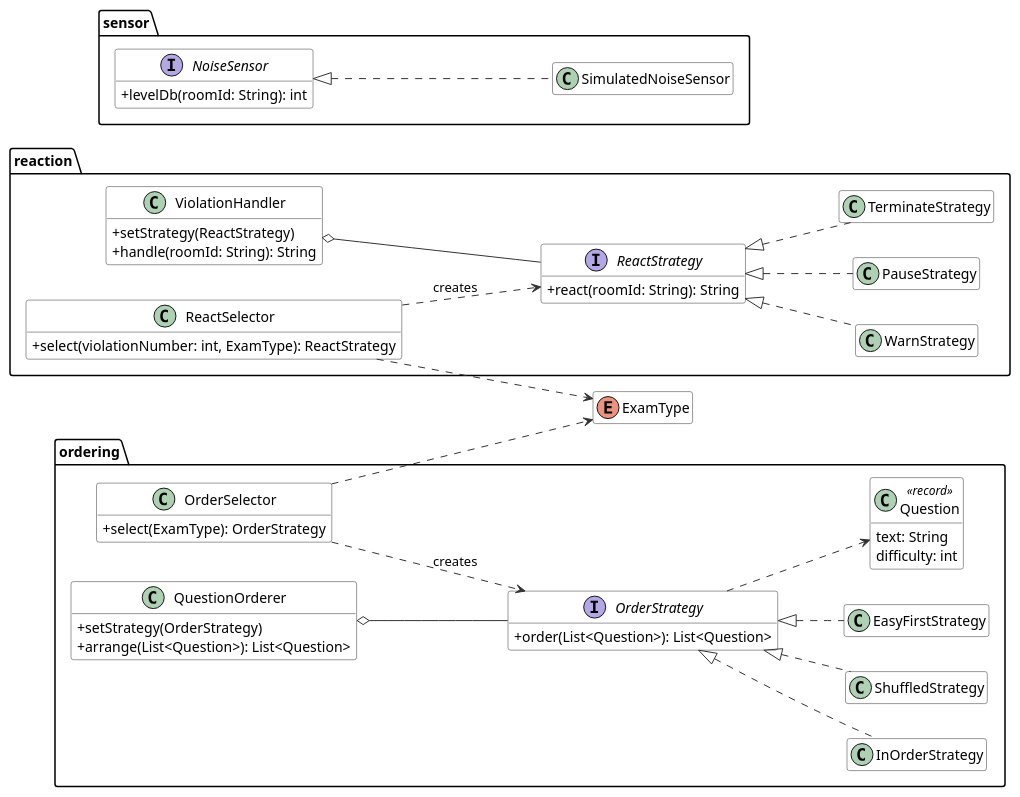
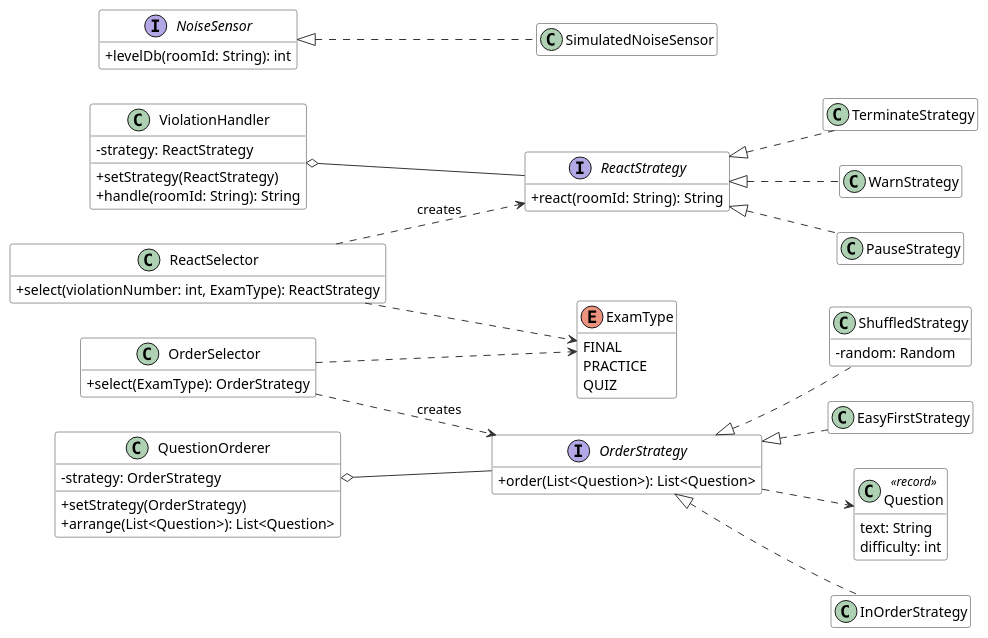
Before and after one commit to anommanager/sdp-assignment5: the diagram in docs/uml.puml, drawn with PlantUML. The commit also changed 2 other files, not shown here.

Commit message:
update the uml diagram

```diff
--- a/docs/uml.puml
+++ b/docs/uml.puml
@@ -1,78 +1,80 @@
 @startuml
 skinparam shadowing false
 skinparam classAttributeIconSize 0
 skinparam backgroundColor white
 skinparam ArrowColor #333333
 skinparam class {
   BackgroundColor #FFFFFF
   BorderColor #333333
 }
 skinparam interface {
   BackgroundColor #E8F0FE
   BorderColor #333333
 }
 hide empty members
 left to right direction
 
-enum ExamType
-
-package reaction {
-  interface ReactStrategy {
-    +react(roomId: String): String
-  }
-  class WarnStrategy
-  class PauseStrategy
-  class TerminateStrategy
-  class ViolationHandler {
-    +setStrategy(ReactStrategy)
-    +handle(roomId: String): String
-  }
-  class ReactSelector {
-    +select(violationNumber: int, ExamType): ReactStrategy
-  }
+enum ExamType {
+  FINAL
+  PRACTICE
+  QUIZ
 }
 
-package ordering {
-  interface OrderStrategy {
-    +order(List<Question>): List<Question>
-  }
-  class InOrderStrategy
-  class ShuffledStrategy
-  class EasyFirstStrategy
-  class QuestionOrderer {
-    +setStrategy(OrderStrategy)
-    +arrange(List<Question>): List<Question>
-  }
-  class OrderSelector {
-    +select(ExamType): OrderStrategy
-  }
-  class Question <<record>> {
-    text: String
-    difficulty: int
-  }
+interface ReactStrategy {
+  +react(roomId: String): String
+}
+class WarnStrategy
+class PauseStrategy
+class TerminateStrategy
+class ViolationHandler {
+  -strategy: ReactStrategy
+  +setStrategy(ReactStrategy)
+  +handle(roomId: String): String
+}
+class ReactSelector {
+  +select(violationNumber: int, ExamType): ReactStrategy
 }
 
-package sensor {
-  interface NoiseSensor {
-    +levelDb(roomId: String): int
-  }
-  class SimulatedNoiseSensor
+interface OrderStrategy {
+  +order(List<Question>): List<Question>
 }
+class InOrderStrategy
+class ShuffledStrategy {
+  -random: Random
+}
+class EasyFirstStrategy
+class QuestionOrderer {
+  -strategy: OrderStrategy
+  +setStrategy(OrderStrategy)
+  +arrange(List<Question>): List<Question>
+}
+class OrderSelector {
+  +select(ExamType): OrderStrategy
+}
+class Question <<record>> {
+  text: String
+  difficulty: int
+}
+
+interface NoiseSensor {
+  +levelDb(roomId: String): int
+}
+class SimulatedNoiseSensor
 
 ReactStrategy <|.. WarnStrategy
 ReactStrategy <|.. PauseStrategy
 ReactStrategy <|.. TerminateStrategy
 ViolationHandler o-- ReactStrategy
 ReactSelector ..> ReactStrategy : creates
 ReactSelector ..> ExamType
 
 OrderStrategy <|.. InOrderStrategy
 OrderStrategy <|.. ShuffledStrategy
 OrderStrategy <|.. EasyFirstStrategy
 QuestionOrderer o-- OrderStrategy
 OrderSelector ..> OrderStrategy : creates
 OrderSelector ..> ExamType
 OrderStrategy ..> Question
 
 NoiseSensor <|.. SimulatedNoiseSensor
 @enduml
```
